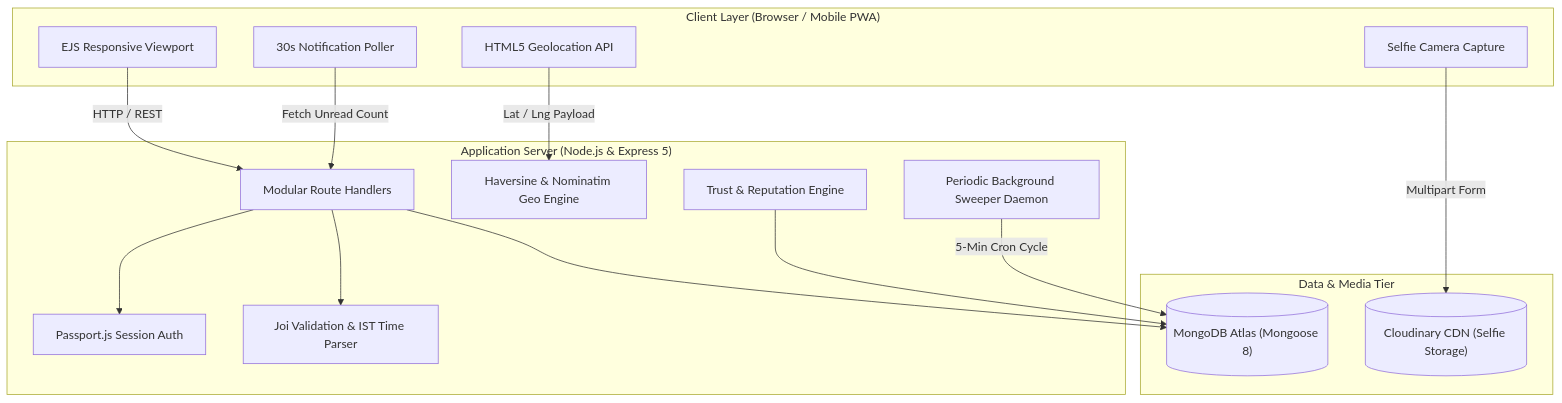
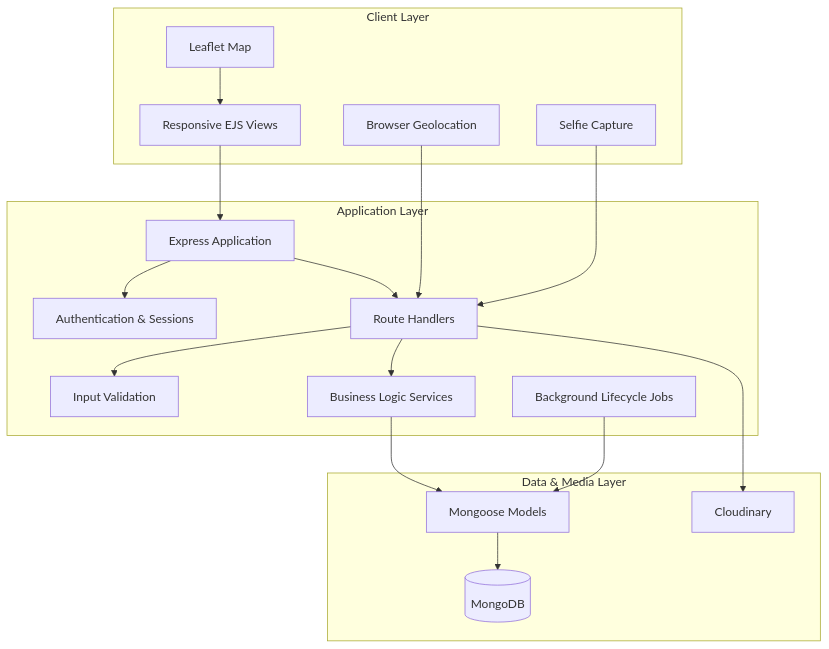
The first of 2 diagrams in README.md (bhav-1007/PeakShift), drawn with Mermaid before and after one commit. The commit also changed other lines of this file, not shown here.

Commit message:
docs: update README with comprehensive overview, architecture, and workflows

````diff
--- a/README.md
+++ b/README.md
@@ -40,33 +240,38 @@
 ```mermaid
-graph TD
-    subgraph Client ["Client Layer (Browser / Mobile PWA)"]
-        UI["EJS Responsive Viewport"]
-        GEO["HTML5 Geolocation API"]
-        CAM["Selfie Camera Capture"]
-        POLL["30s Notification Poller"]
+flowchart TB
+    subgraph Client["Client Layer"]
+        UI["Responsive EJS Views"]
+        GEO["Browser Geolocation"]
+        SELFIE["Selfie Capture"]
+        MAP["Leaflet Map"]
     end
 
-    subgraph Server ["Application Server (Node.js & Express 5)"]
-        AUTH["Passport.js Session Auth"]
-        ROUTERS["Modular Route Handlers"]
-        JOI["Joi Validation & IST Time Parser"]
-        GEO_UTIL["Haversine & Nominatim Geo Engine"]
-        TRUST_ENG["Trust & Reputation Engine"]
-        SWEEPER["Periodic Background Sweeper Daemon"]
+    subgraph Server["Application Layer"]
+        APP["Express Application"]
+        AUTH["Authentication & Sessions"]
+        ROUTES["Route Handlers"]
+        VALIDATION["Input Validation"]
+        SERVICES["Business Logic Services"]
+        BACKGROUND["Background Lifecycle Jobs"]
     end
 
-    subgraph Storage ["Data & Media Tier"]
-        MONGO[("MongoDB Atlas (Mongoose 8)")]
-        CLOUDINARY[("Cloudinary CDN (Selfie Storage)")]
+    subgraph Data["Data & Media Layer"]
+        DB[("MongoDB")]
+        ODM["Mongoose Models"]
+        MEDIA["Cloudinary"]
     end
 
-    UI -->|HTTP / REST| ROUTERS
-    GEO -->|Lat / Lng Payload| GEO_UTIL
-    CAM -->|Multipart Form| CLOUDINARY
-    POLL -->|Fetch Unread Count| ROUTERS
-    ROUTERS --> AUTH
-    ROUTERS --> JOI
-    ROUTERS --> MONGO
-    TRUST_ENG --> MONGO
-    SWEEPER -->|5-Min Cron Cycle| MONGO
+    UI --> APP
+    GEO --> ROUTES
+    SELFIE --> ROUTES
+    MAP --> UI
+
+    APP --> AUTH
+    APP --> ROUTES
+    ROUTES --> VALIDATION
+    ROUTES --> SERVICES
+    SERVICES --> ODM
+    ODM --> DB
+    ROUTES --> MEDIA
+    BACKGROUND --> ODM
 ```
````
